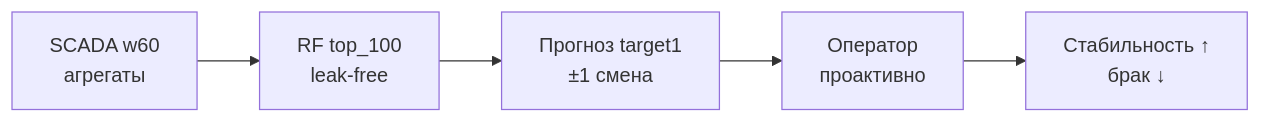
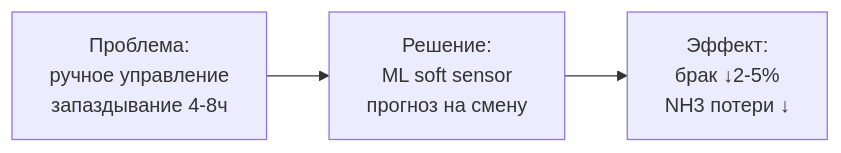
The first of 7 diagrams in experiments/soda-ml-nir_targetB_v6/README.md (Misha-42/soda-ml-carbonation-control), drawn with Mermaid before and after one commit. The commit also changed other lines of this file, not shown here.

````diff
--- a/experiments/soda-ml-nir_targetB_v6/README.md
+++ b/experiments/soda-ml-nir_targetB_v6/README.md
@@ -42,7 +49,5 @@
 ```mermaid
 flowchart LR
-    A[SCADA w60<br/>агрегаты] --> B[RF top_100<br/>leak-free]
-    B --> C[Прогноз target1<br/>±1 смена]
-    C --> D[Оператор<br/>проактивно]
-    D --> E[Стабильность ↑<br/>брак ↓]
+    A[Проблема:<br/>ручное управление<br/>запаздывание 4-8ч] --> B[Решение:<br/>ML soft sensor<br/>прогноз на смену]
+    B --> C[Эффект:<br/>брак ↓2-5%<br/>NH3 потери ↓]
 ```
````
